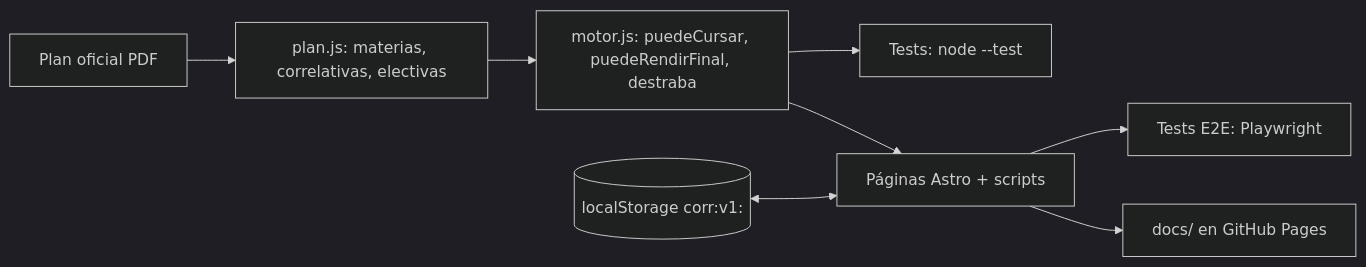
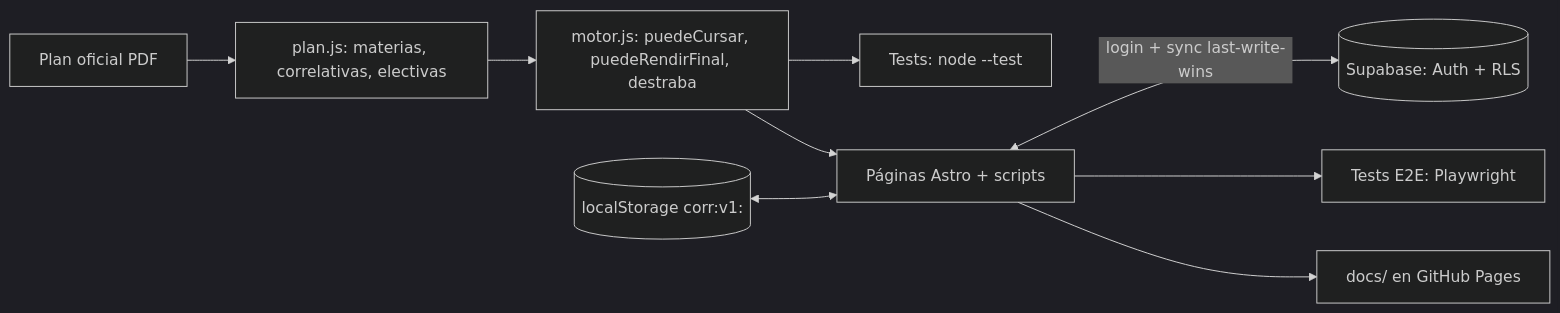
The diagram in README.md (gabibertero/mis_correlativas), drawn with Mermaid (dark theme) before and after one commit. The commit also changed other lines of this file, not shown here.

First line of the commit message:
docs: README documenta login/cuentas y fecha de final

````diff
--- a/README.md
+++ b/README.md
@@ -154,10 +182,11 @@
 ```mermaid
 flowchart LR
   A[Plan oficial PDF] --> B[plan.js: materias, correlativas, electivas]
   B --> C[motor.js: puedeCursar, puedeRendirFinal, destraba]
   C --> D[Tests: node --test]
   C --> E[Páginas Astro + scripts]
   S[(localStorage corr:v1:)] <--> E
+  E <-->|login + sync last-write-wins| U[(Supabase: Auth + RLS)]
   E --> F[Tests E2E: Playwright]
   E --> G[docs/ en GitHub Pages]
 ```
````
